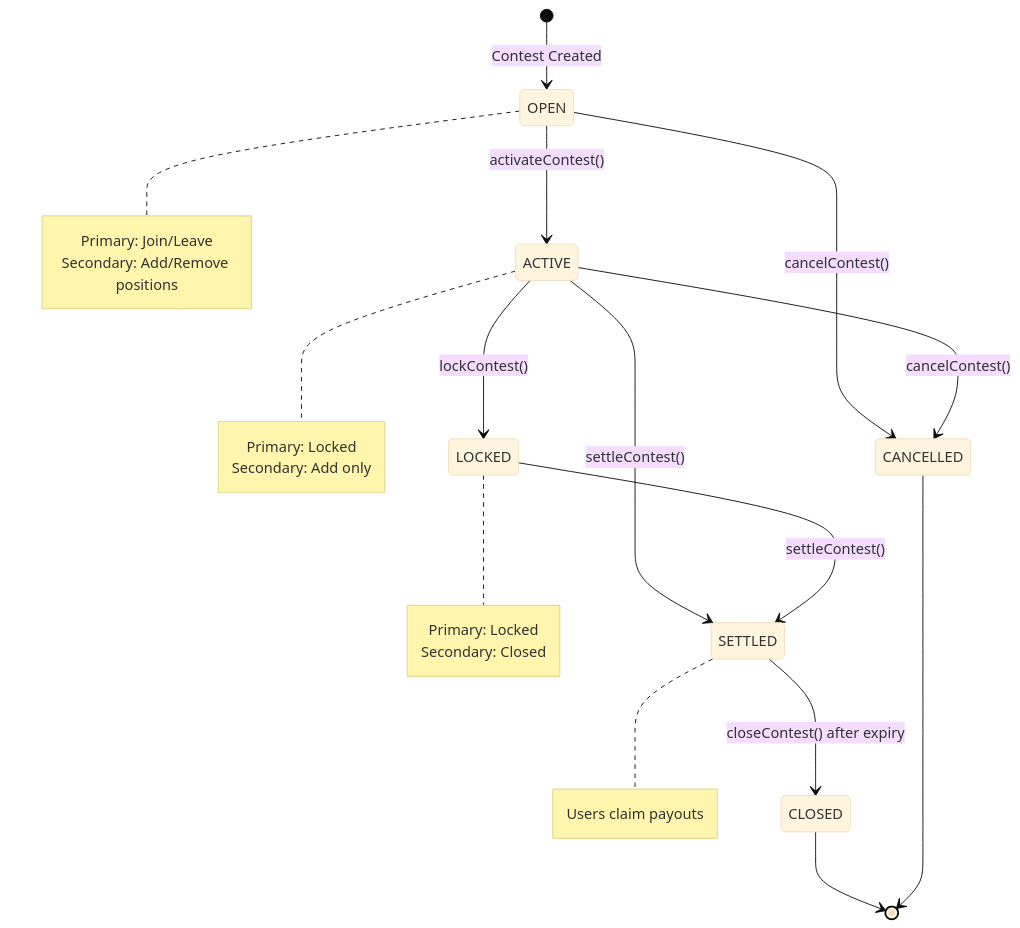
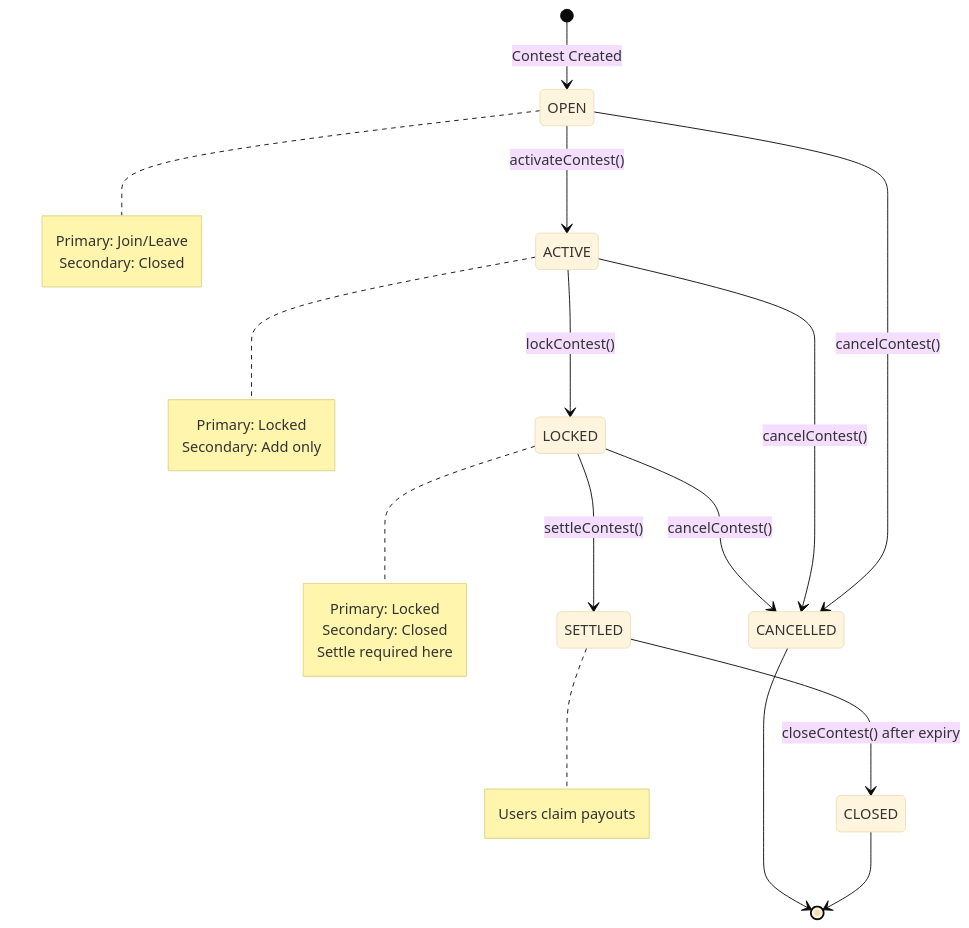
Before and after one commit to MagRelo/cut: the sixth of 6 diagrams in spec/contracts/data-flow.md, drawn with Mermaid (base theme). The commit also changed other lines of this file and 58 other files, not shown here.

````diff
--- a/spec/contracts/data-flow.md
+++ b/spec/contracts/data-flow.md
@@ -139,37 +139,38 @@
 ```mermaid
 stateDiagram-v2
     [*] --> OPEN: Contest Created
     
     OPEN --> ACTIVE: activateContest()
     OPEN --> CANCELLED: cancelContest()
     
     ACTIVE --> LOCKED: lockContest()
-    ACTIVE --> SETTLED: settleContest()
     ACTIVE --> CANCELLED: cancelContest()
     
     LOCKED --> SETTLED: settleContest()
+    LOCKED --> CANCELLED: cancelContest()
     
     SETTLED --> CLOSED: closeContest() after expiry
     
     CLOSED --> [*]
     CANCELLED --> [*]
     
     note right of OPEN
         Primary: Join/Leave
-        Secondary: Add/Remove positions
+        Secondary: Closed
     end note
     
     note right of ACTIVE
         Primary: Locked
         Secondary: Add only
     end note
     
     note right of LOCKED
         Primary: Locked
         Secondary: Closed
+        Settle required here
     end note
     
     note right of SETTLED
         Users claim payouts
     end note
 ```
````
